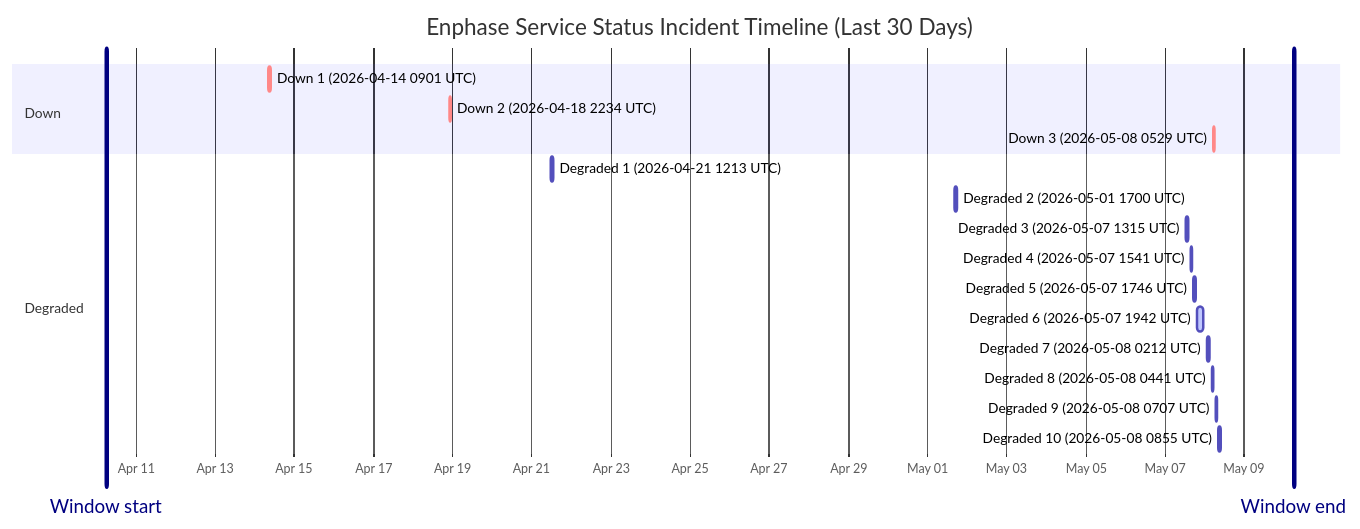
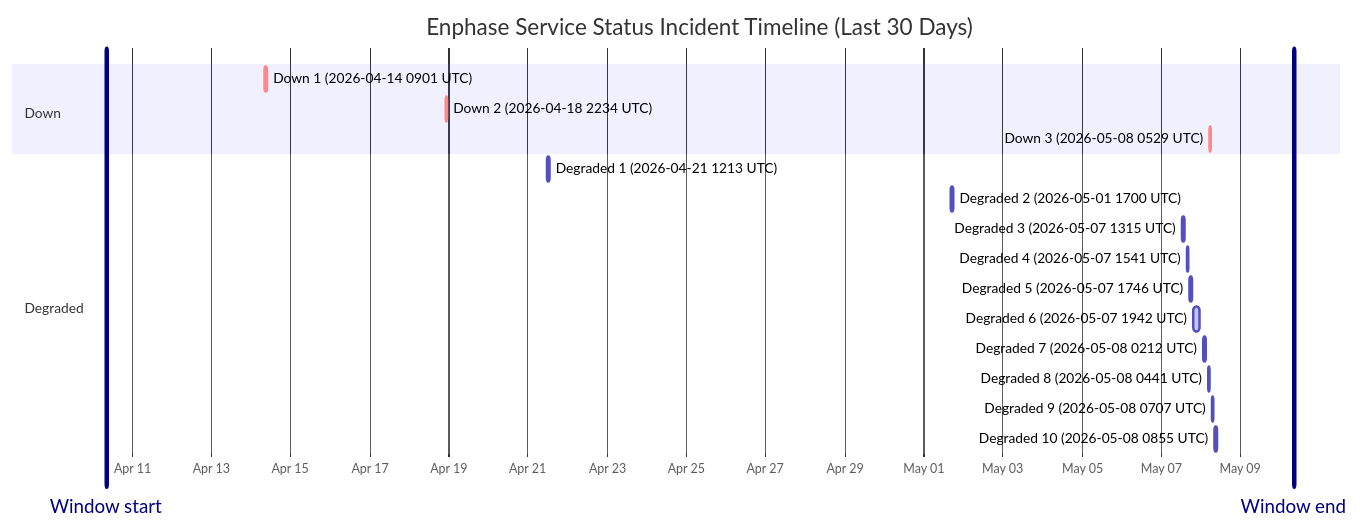
Before and after one commit to barneyonline/ha-enphase-ev-charger: the diagram in wiki/Service-Status-History.md, drawn with Mermaid. The commit also changed other lines of this file and 3 other files, not shown here.

````diff
--- a/wiki/Service-Status-History.md
+++ b/wiki/Service-Status-History.md
@@ -14,23 +14,23 @@
 ```mermaid
 gantt
     title Enphase Service Status Incident Timeline (Last 30 Days)
     dateFormat  YYYY-MM-DDTHH:mm:ss
     axisFormat  %b %d
-    Window start :vert, window-start, 2026-04-10T06:11:19, 0ms
-    Window end :vert, window-end, 2026-05-10T06:11:19, 0ms
+    Window start :vert, window-start, 2026-04-10T08:25:56, 0ms
+    Window end :vert, window-end, 2026-05-10T08:25:56, 0ms
     section Down
     Down 1 (2026-04-14 0901 UTC) :crit, down-1, 2026-04-14T09:01:13, 60m
     Down 2 (2026-04-18 2234 UTC) :crit, down-2, 2026-04-18T22:34:13, 60m
     Down 3 (2026-05-08 0529 UTC) :crit, down-3, 2026-05-08T05:29:47, 60m
     section Degraded
     Degraded 1 (2026-04-21 1213 UTC) :active, degraded-1, 2026-04-21T12:13:11, 60m
     Degraded 2 (2026-05-01 1700 UTC) :active, degraded-2, 2026-05-01T17:00:22, 60m
     Degraded 3 (2026-05-07 1315 UTC) :active, degraded-3, 2026-05-07T13:15:25, 60m
     Degraded 4 (2026-05-07 1541 UTC) :active, degraded-4, 2026-05-07T15:41:58, 60m
     Degraded 5 (2026-05-07 1746 UTC) :active, degraded-5, 2026-05-07T17:46:51, 60m
     Degraded 6 (2026-05-07 1942 UTC) :active, degraded-6, 2026-05-07T19:42:10, 249m
     Degraded 7 (2026-05-08 0212 UTC) :active, degraded-7, 2026-05-08T02:12:39, 60m
     Degraded 8 (2026-05-08 0441 UTC) :active, degraded-8, 2026-05-08T04:41:46, 60m
     Degraded 9 (2026-05-08 0707 UTC) :active, degraded-9, 2026-05-08T07:07:30, 60m
     Degraded 10 (2026-05-08 0855 UTC) :active, degraded-10, 2026-05-08T08:55:20, 88m
 ```
````
